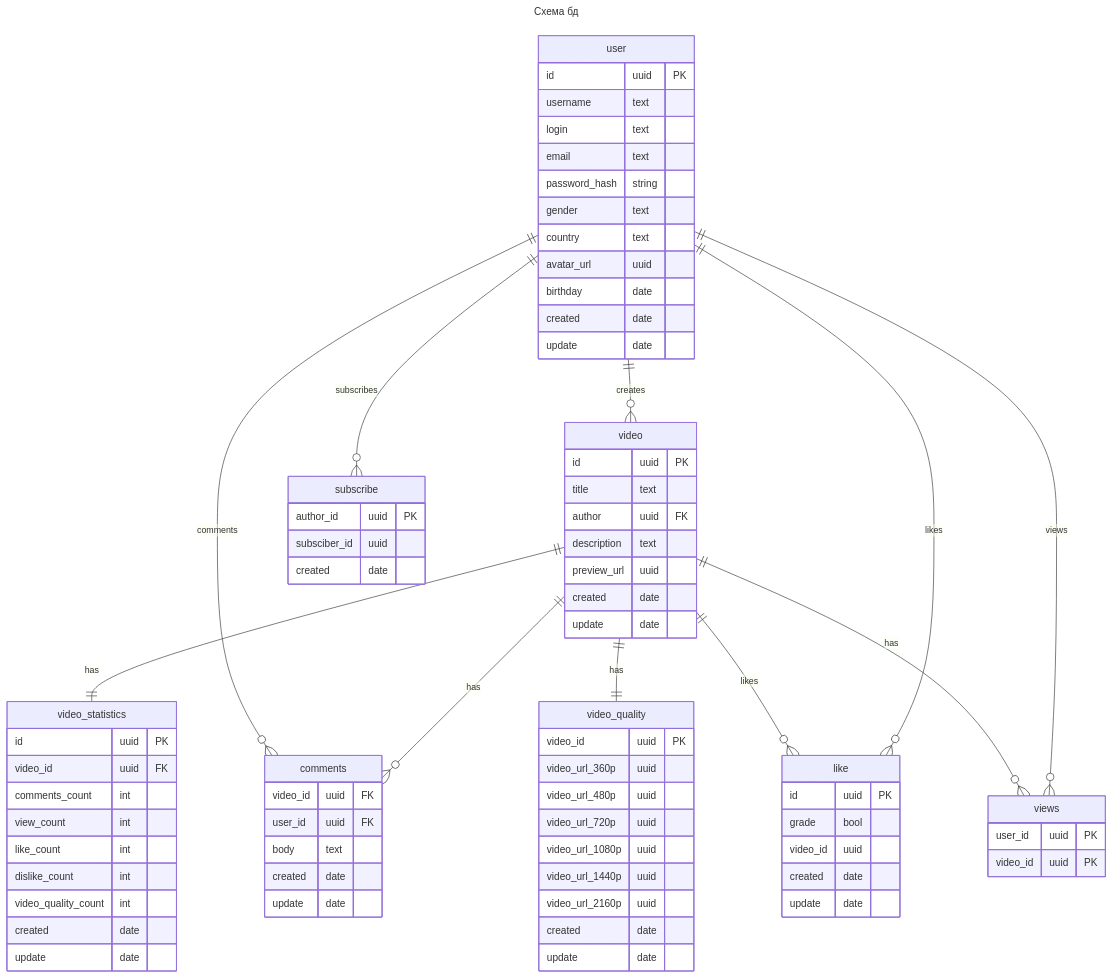
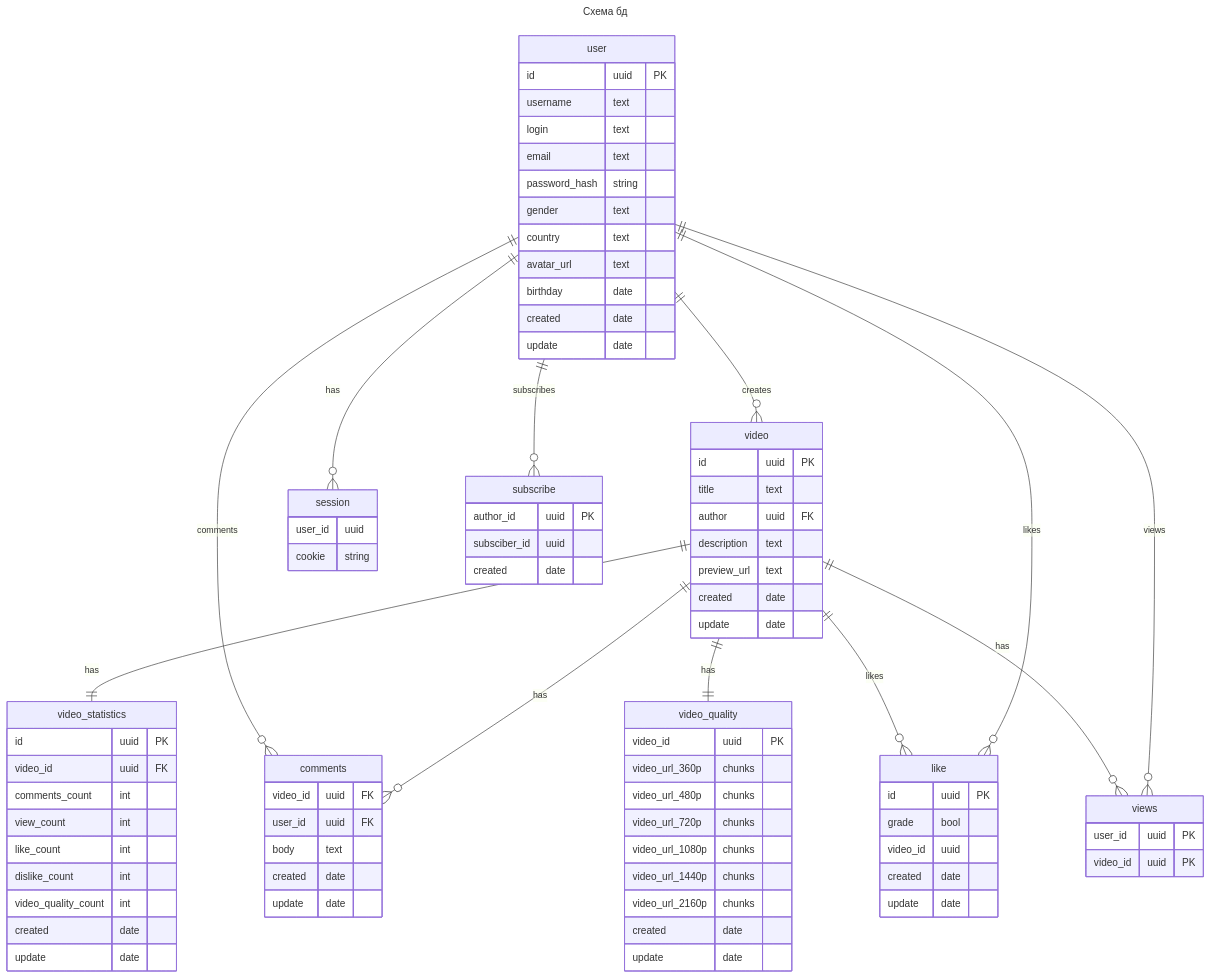
Before and after one commit to DmitriyKomarovCoder/higload-youtube: the diagram in README.md, drawn with Mermaid. The commit also changed other lines of this file, not shown here.

```diff
--- a/README.md
+++ b/README.md
@@ -479,11 +469,15 @@
         title text
         author uuid FK
         description text
-        preview_url uuid
+        preview_url text
         created date
         update date
     }
-        user {
+    session {
+        user_id uuid
+        cookie string
+    }
+    user {
         id uuid PK
         username text
         login text
@@ -491,7 +485,7 @@
         password_hash string
         gender text
         country text
-        avatar_url uuid
+        avatar_url text
         birthday date
         created date
         update date
@@ -509,12 +503,12 @@
     }
     video_quality {
         video_id uuid PK
-        video_url_360p uuid
-        video_url_480p uuid
-        video_url_720p uuid
-        video_url_1080p uuid
-        video_url_1440p uuid
-        video_url_2160p uuid
+        video_url_360p chunks
+        video_url_480p chunks
+        video_url_720p chunks
+        video_url_1080p chunks
+        video_url_1440p chunks
+        video_url_2160p chunks
         created date
         update date
     }
@@ -542,6 +536,7 @@
     video ||--o{ like : likes
     user ||--o{ subscribe : subscribes
     user ||--o{ views : views
+    user ||--o{ session : has
     video ||--|| video_statistics : has
     video ||--|| video_quality : has
     video ||--o{ views : has
```
